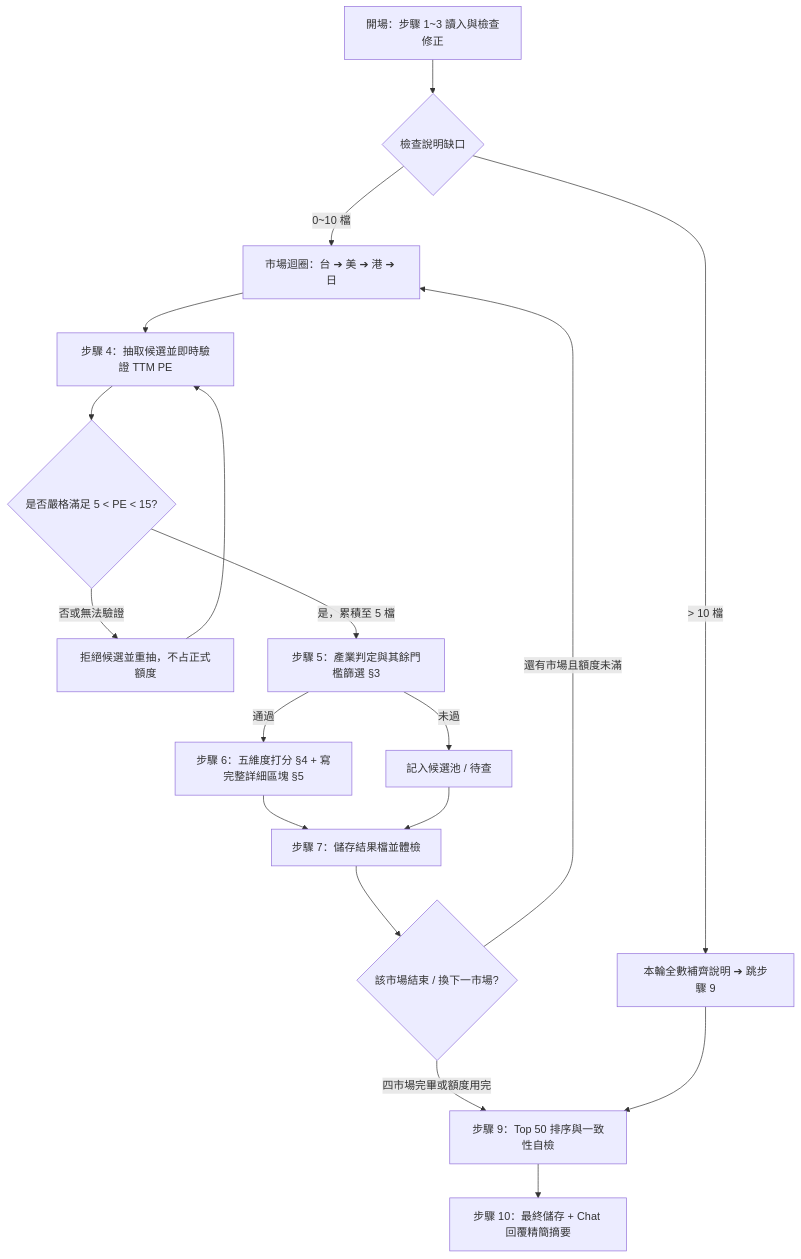
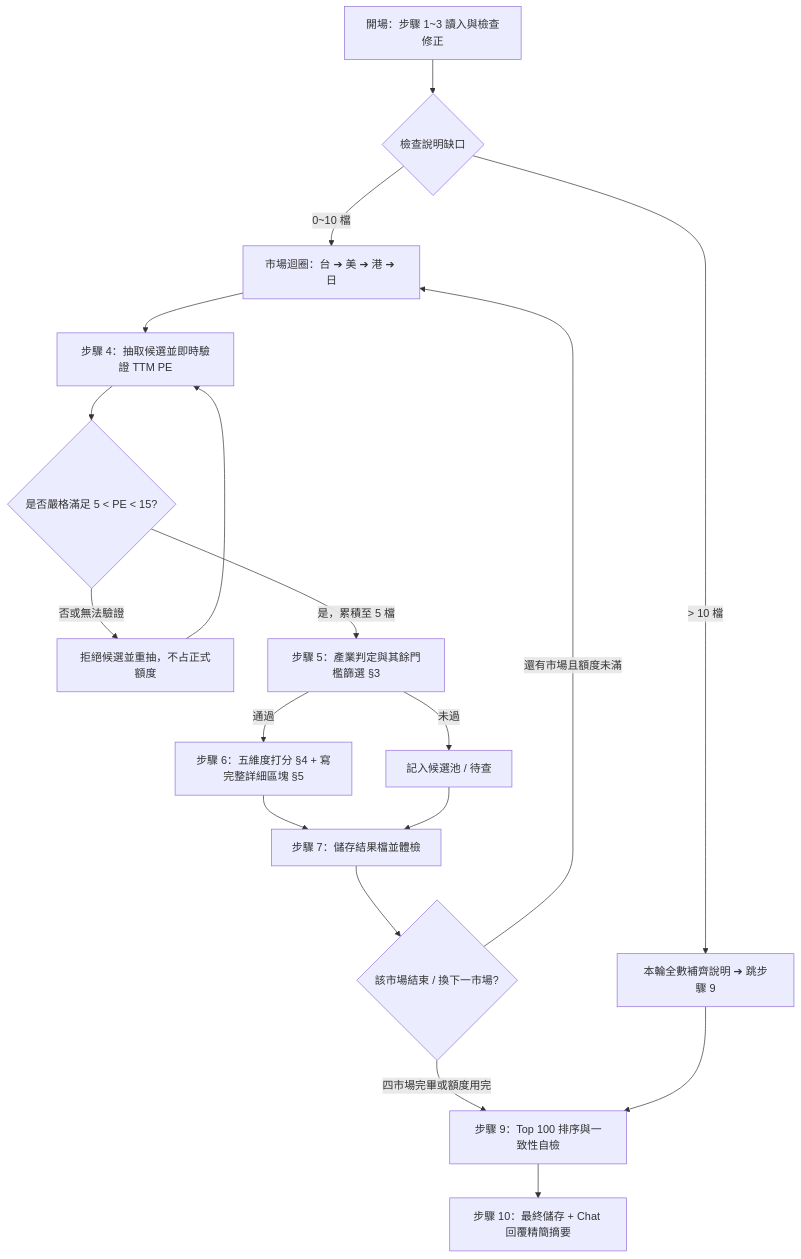
One commit to a9303001/FinancialReport changed the diagram in Routines_StkScreener_gemini.md. Above: the diagram before and after it, drawn with Mermaid. The commit also changed other lines of this file, not shown here.

````diff
--- a/Routines_StkScreener_gemini.md
+++ b/Routines_StkScreener_gemini.md
@@ -40,20 +40,20 @@
 ```mermaid
 graph TD
     A[開場：步驟 1~3 讀入與檢查修正] --> B{檢查說明缺口}
     B -->|> 10 檔| C[本輪全數補齊說明 ➔ 跳步驟 9]
     B -->|0~10 檔| D[市場迴圈：台 ➔ 美 ➔ 港 ➔ 日]
     D --> E[步驟 4：抽取候選並即時驗證 TTM PE]
     E --> P{是否嚴格滿足 5 < PE < 15?}
     P -->|否或無法驗證| R[拒絕候選並重抽，不占正式額度]
     R --> E
     P -->|是，累積至 5 檔| F[步驟 5：產業判定與其餘門檻篩選 §3]
     F -->|通過| G[步驟 6：五維度打分 §4 + 寫完整詳細區塊 §5]
     F -->|未過| H[記入候選池 / 待查]
     G --> I[步驟 7：儲存結果檔並體檢]
     H --> I
     I --> J{該市場結束 / 換下一市場?}
     J -->|還有市場且額度未滿| D
-    J -->|四市場完畢或額度用完| K[步驟 9：Top 50 排序與一致性自檢]
+    J -->|四市場完畢或額度用完| K[步驟 9：Top 100 排序與一致性自檢]
     C --> K
     K --> L[步驟 10：最終儲存 + Chat 回覆精簡摘要]
 ```
````
